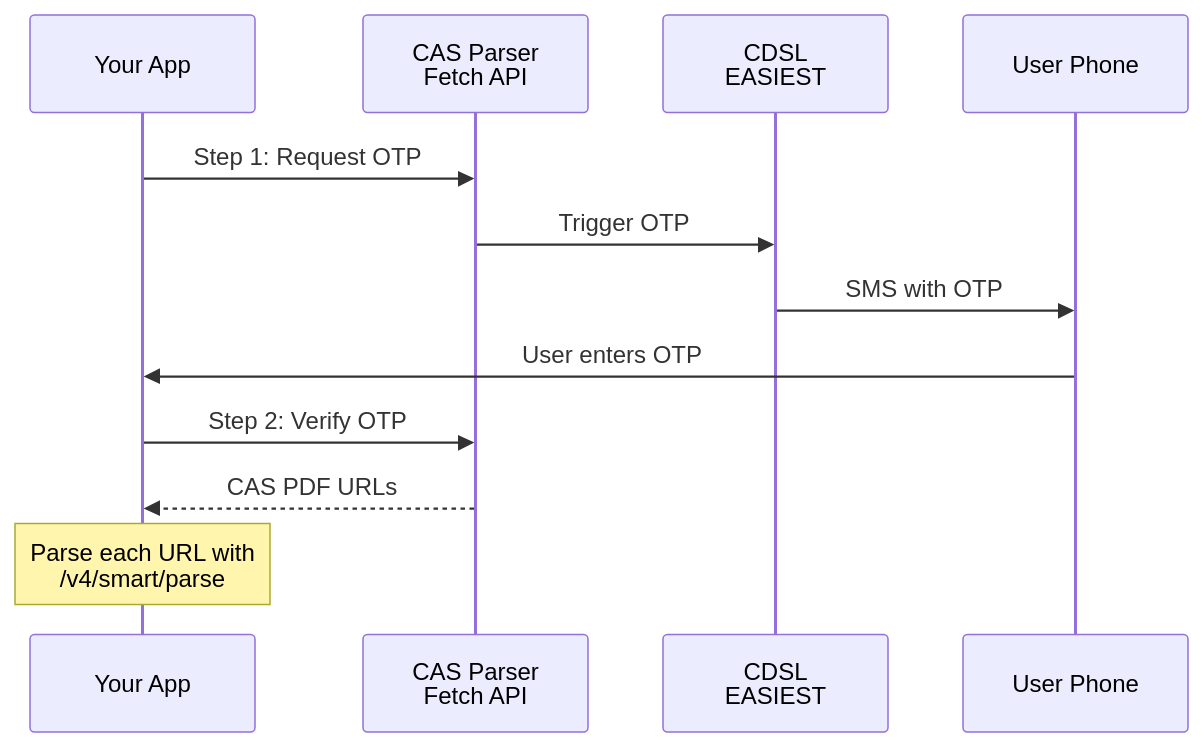
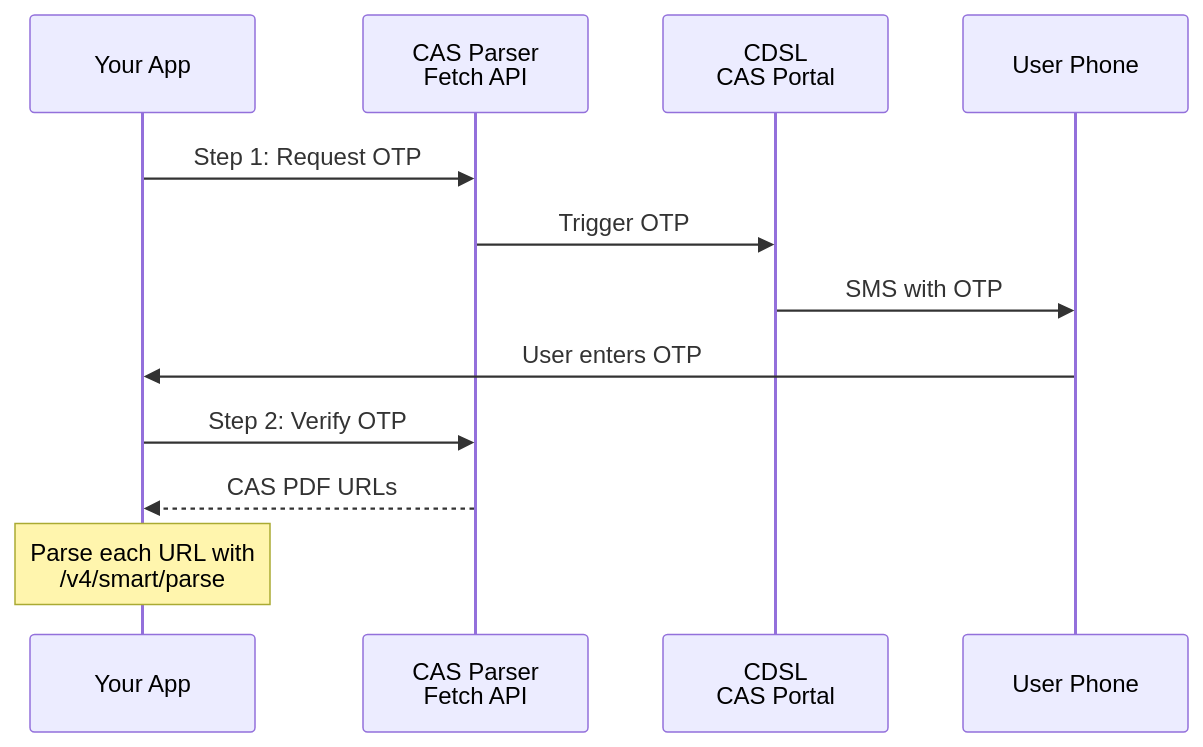
Before and after one commit to CASParser/agent-toolkit: the diagram in docs/guides/cdsl-fetch.mdx, drawn with Mermaid. The commit also changed other lines of this file, not shown here.

First line of the commit message:
docs: Fix CDSL portal reference and add access requirement

````diff
--- a/docs/guides/cdsl-fetch.mdx
+++ b/docs/guides/cdsl-fetch.mdx
@@ -10,15 +10,15 @@
 ```mermaid
 sequenceDiagram
     participant App as Your App
     participant API as CAS Parser<br/>Fetch API
-    participant CDSL as CDSL<br/>EASIEST
+    participant CDSL as CDSL<br/>CAS Portal
     participant User as User Phone
     
     App->>API: Step 1: Request OTP
     API->>CDSL: Trigger OTP
     CDSL->>User: SMS with OTP
     User->>App: User enters OTP
     App->>API: Step 2: Verify OTP
     API-->>App: CAS PDF URLs
     Note over App: Parse each URL with<br/>/v4/smart/parse
 ```
````
